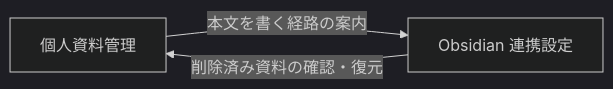
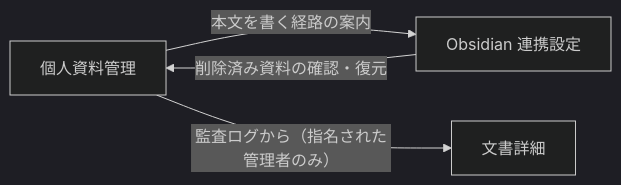
The diagram in docs/screens/SC-19_private-notes.md (endazon/microservices-platform), drawn with Mermaid (dark theme) before and after one commit. The commit also changed other lines of this file and 25 other files, not shown here.

````diff
--- a/docs/screens/SC-19_private-notes.md
+++ b/docs/screens/SC-19_private-notes.md
@@ -177,5 +211,6 @@
 ```mermaid
 flowchart LR
   SC19[個人資料管理] -- 本文を書く経路の案内 --> SC20[Obsidian 連携設定]
   SC20 -- 削除済み資料の確認・復元 --> SC19
+  SC19 -- 監査ログから（指名された管理者のみ） --> DOC[文書詳細]
 ```
````
